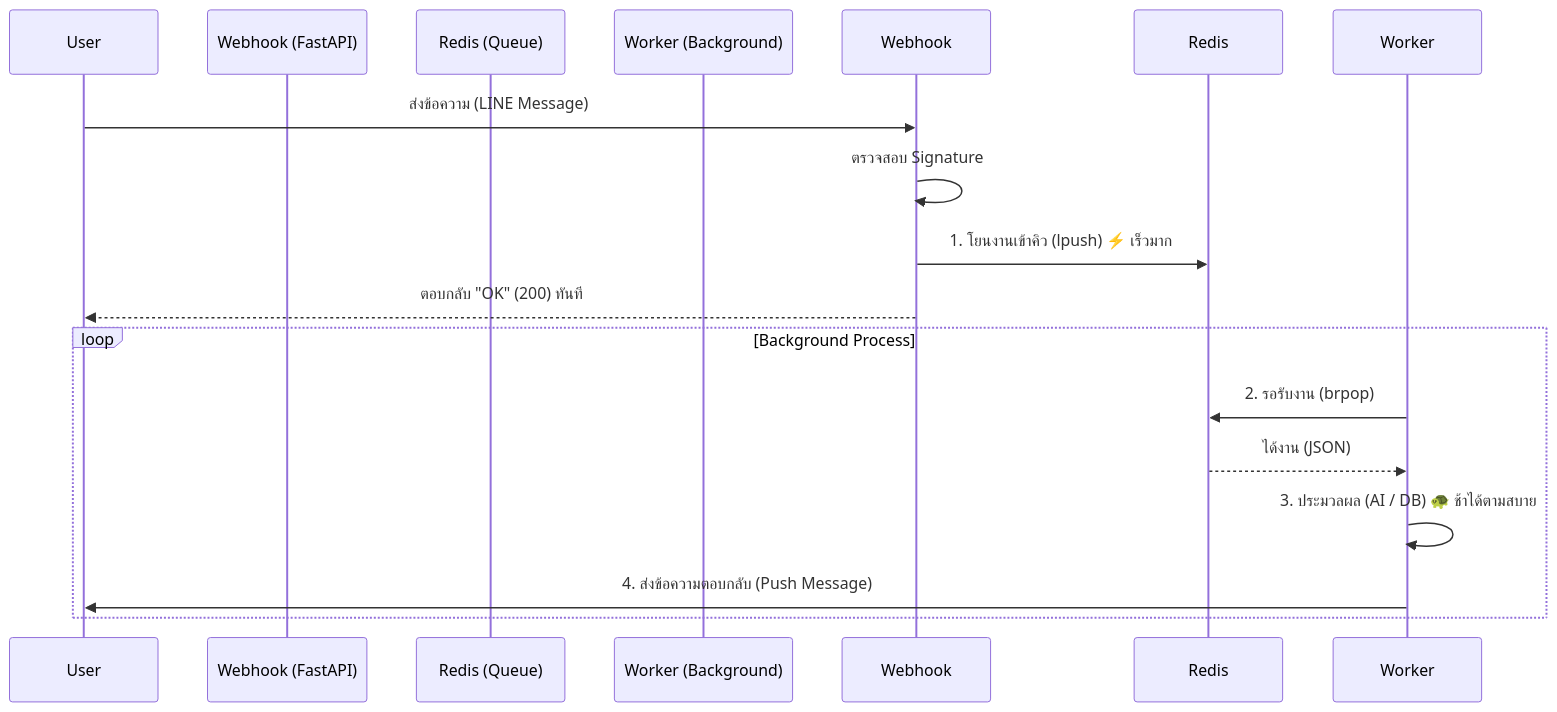
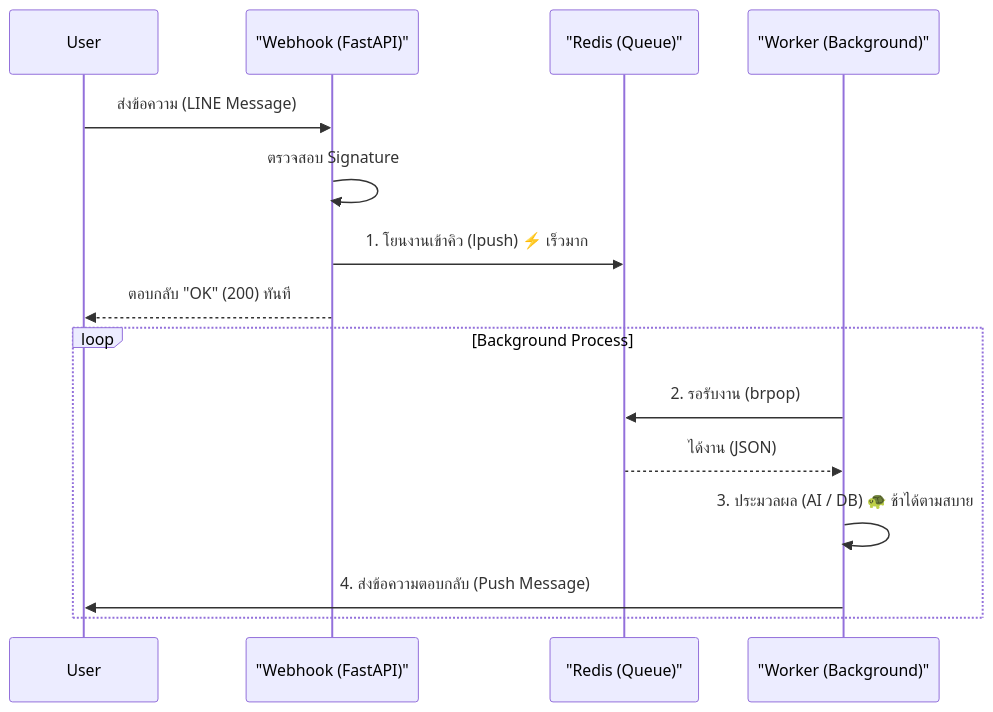
One commit to Mike0165115321/AI-Robot-Guide- changed the diagram in docs/01_สถาปัตยกรรมระบบ/คู่มือการจัดการ_IO_และ_Queue.md. Above: the diagram before and after it, drawn with Mermaid. The commit also changed 8 other files, not shown here.

````diff
--- a/docs/01_สถาปัตยกรรมระบบ/คู่มือการจัดการ_IO_และ_Queue.md
+++ b/docs/01_สถาปัตยกรรมระบบ/คู่มือการจัดการ_IO_และ_Queue.md
@@ -11,19 +11,19 @@
 ```mermaid
 sequenceDiagram
     participant User
-    participant Webhook (FastAPI)
-    participant Redis (Queue)
-    participant Worker (Background)
+    participant Webhook as "Webhook (FastAPI)"
+    participant Redis as "Redis (Queue)"
+    participant Worker as "Worker (Background)"
     
     User->>Webhook: ส่งข้อความ (LINE Message)
     Webhook->>Webhook: ตรวจสอบ Signature
     Webhook->>Redis: 1. โยนงานเข้าคิว (lpush) ⚡️ เร็วมาก
     Webhook-->>User: ตอบกลับ "OK" (200) ทันที
     
     loop Background Process
         Worker->>Redis: 2. รอรับงาน (brpop)
         Redis-->>Worker: ได้งาน (JSON)
         Worker->>Worker: 3. ประมวลผล (AI / DB) 🐢 ช้าได้ตามสบาย
         Worker->>User: 4. ส่งข้อความตอบกลับ (Push Message)
     end
 ```
````
